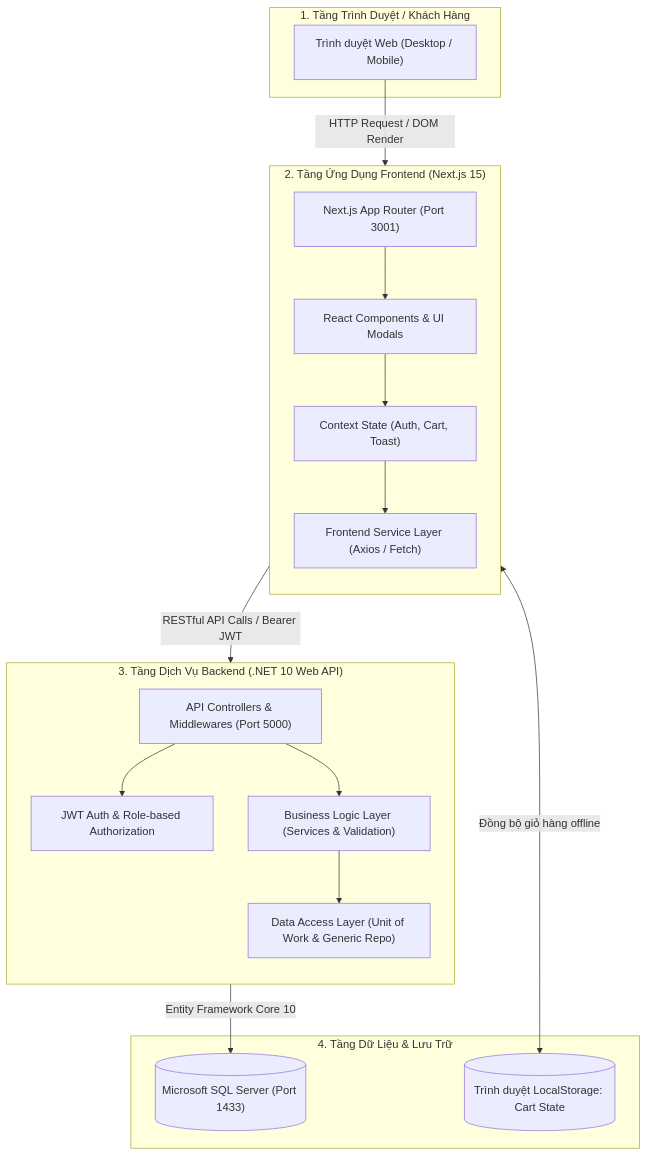
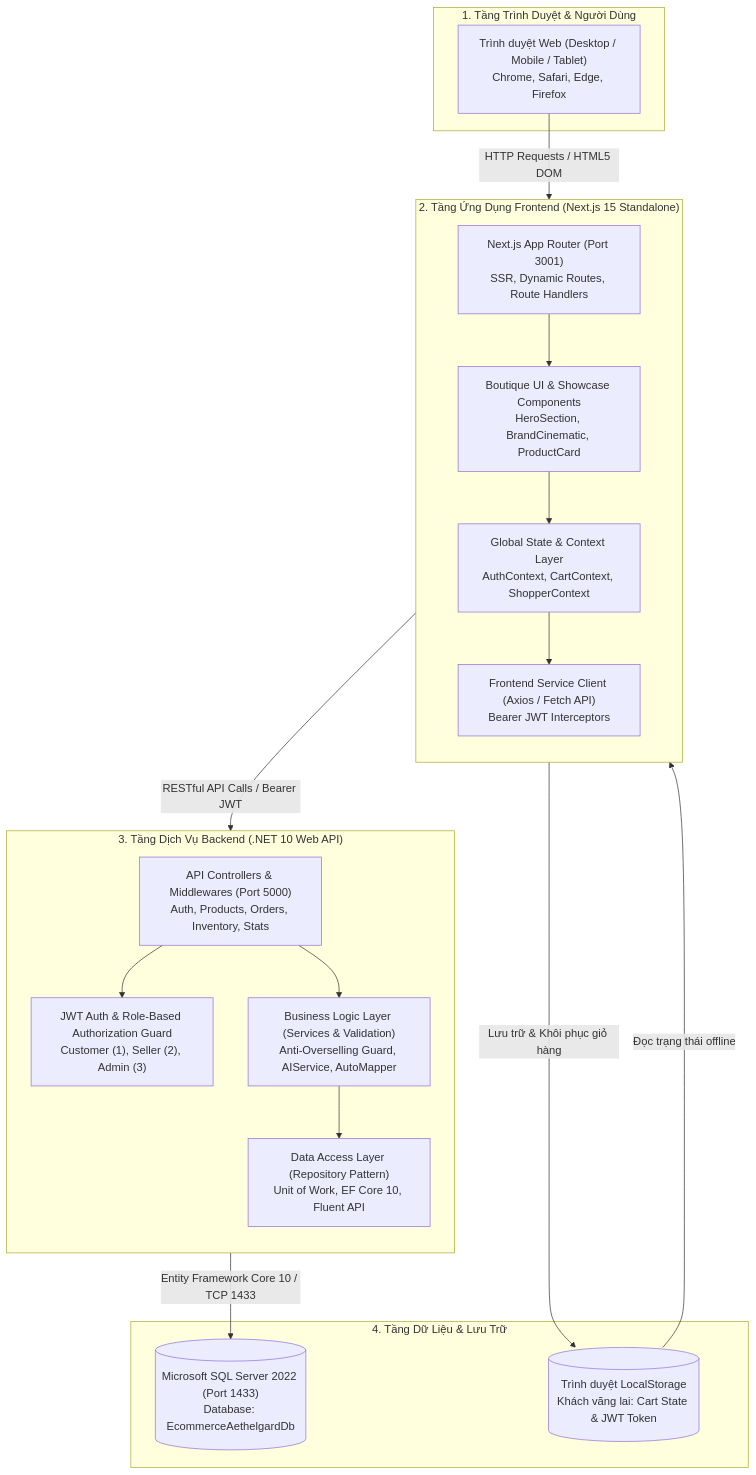
One commit to longthan12334/He-thong-thuong-mai-ien-tu-tich-hop-AI changed the first of 16 diagrams in BAO_CAO_THIET_KE_HE_THONG.md. Above: the diagram before and after it, drawn with Mermaid. The commit also changed other lines of this file, not shown here.

````diff
--- a/BAO_CAO_THIET_KE_HE_THONG.md
+++ b/BAO_CAO_THIET_KE_HE_THONG.md
@@ -10,39 +10,40 @@
 ```mermaid
 flowchart TD
-    subgraph ClientLayer ["1. Tầng Trình Duyệt / Khách Hàng"]
-        WebBrowser["Trình duyệt Web (Desktop / Mobile)"]
+    subgraph ClientLayer ["1. Tầng Trình Duyệt & Người Dùng"]
+        WebBrowser["Trình duyệt Web (Desktop / Mobile / Tablet)<br/>Chrome, Safari, Edge, Firefox"]
     end
 
-    subgraph FrontendApp ["2. Tầng Ứng Dụng Frontend (Next.js 15)"]
+    subgraph FrontendApp ["2. Tầng Ứng Dụng Frontend (Next.js 15 Standalone)"]
         direction TB
-        AppRouter["Next.js App Router (Port 3001)"]
-        UIComp["React Components & UI Modals"]
-        ContextSys["Context State (Auth, Cart, Toast)"]
-        ServiceLayer["Frontend Service Layer (Axios / Fetch)"]
+        AppRouter["Next.js App Router (Port 3001)<br/>SSR, Dynamic Routes, Route Handlers"]
+        UIComp["Boutique UI & Showcase Components<br/>HeroSection, BrandCinematic, ProductCard"]
+        ContextSys["Global State & Context Layer<br/>AuthContext, CartContext, ShopperContext"]
+        ServiceLayer["Frontend Service Client (Axios / Fetch API)<br/>Bearer JWT Interceptors"]
         AppRouter --> UIComp
         UIComp --> ContextSys
         ContextSys --> ServiceLayer
     end
 
     subgraph BackendAPI ["3. Tầng Dịch Vụ Backend (.NET 10 Web API)"]
         direction TB
-        APIController["API Controllers & Middlewares (Port 5000)"]
-        BLLService["Business Logic Layer (Services & Validation)"]
-        SecurityEngine["JWT Auth & Role-based Authorization"]
-        DALRepo["Data Access Layer (Unit of Work & Generic Repo)"]
+        APIController["API Controllers & Middlewares (Port 5000)<br/>Auth, Products, Orders, Inventory, Stats"]
+        SecurityEngine["JWT Auth & Role-Based Authorization Guard<br/>Customer (1), Seller (2), Admin (3)"]
+        BLLService["Business Logic Layer (Services & Validation)<br/>Anti-Overselling Guard, AIService, AutoMapper"]
+        DALRepo["Data Access Layer (Repository Pattern)<br/>Unit of Work, EF Core 10, Fluent API"]
         
         APIController --> SecurityEngine
         APIController --> BLLService
         BLLService --> DALRepo
     end
 
     subgraph DatabaseLayer ["4. Tầng Dữ Liệu & Lưu Trữ"]
-        MSSQL[("Microsoft SQL Server (Port 1433)")]
-        LocalStore[("Trình duyệt LocalStorage: Cart State")]
+        MSSQL[("Microsoft SQL Server 2022 (Port 1433)<br/>Database: EcommerceAethelgardDb")]
+        LocalStore[("Trình duyệt LocalStorage<br/>Khách vãng lai: Cart State & JWT Token")]
     end
 
-    WebBrowser -->|HTTP Request / DOM Render| AppRouter
-    ContextSys <-->|Đồng bộ giỏ hàng offline| LocalStore
+    WebBrowser -->|HTTP Requests / HTML5 DOM| AppRouter
+    ContextSys -->|Lưu trữ & Khôi phục giỏ hàng| LocalStore
+    LocalStore -->|Đọc trạng thái offline| ContextSys
     ServiceLayer -->|RESTful API Calls / Bearer JWT| APIController
-    DALRepo -->|Entity Framework Core 10| MSSQL
+    DALRepo -->|Entity Framework Core 10 / TCP 1433| MSSQL
 ```
````
